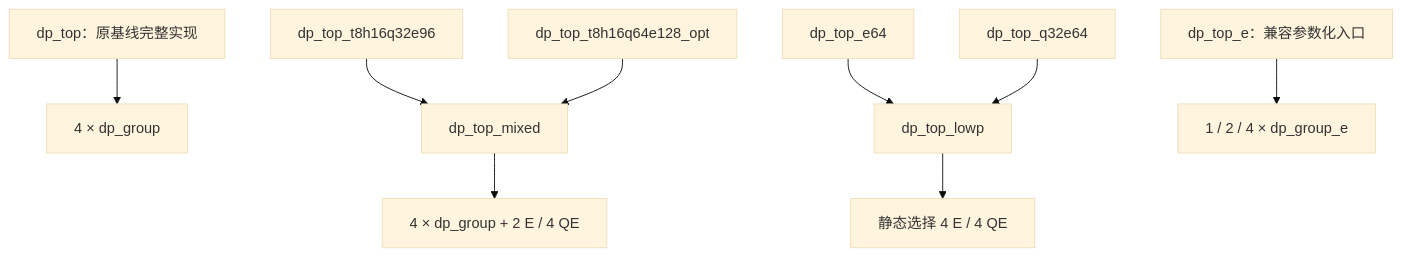
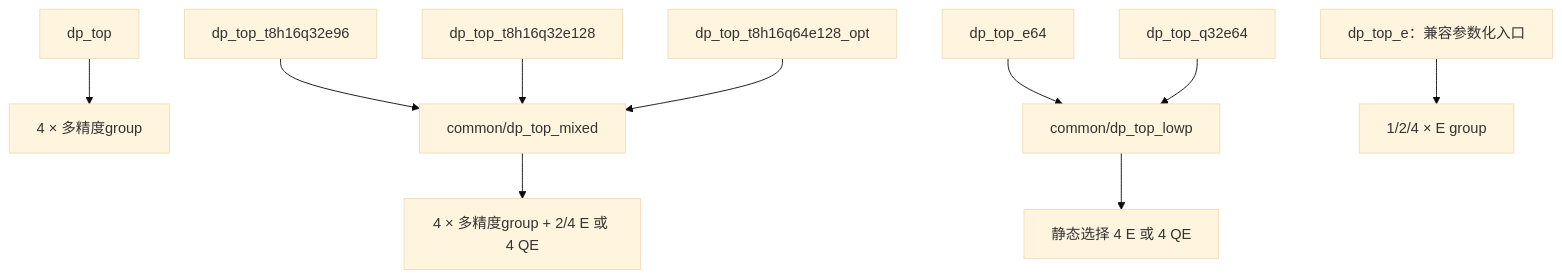
Before and after one commit to Futuresxy/DP-Puzzel: the diagram in src/spec/dp/dptop/top-architectures.md, drawn with Mermaid (base theme). The commit also changed other lines of this file and 23 other files, not shown here.

````diff
--- a/src/spec/dp/dptop/top-architectures.md
+++ b/src/spec/dp/dptop/top-architectures.md
@@ -36,11 +101,12 @@
 ```mermaid
 flowchart TD
-  BASE[dp_top：原基线完整实现] --> BG[4 × dp_group]
-  E96[dp_top_t8h16q32e96] --> MIX[dp_top_mixed]
+  BASE[dp_top] --> BG[4 × 多精度group]
+  E96[dp_top_t8h16q32e96] --> MIX[common/dp_top_mixed]
+  E128[dp_top_t8h16q32e128] --> MIX
   QE128[dp_top_t8h16q64e128_opt] --> MIX
-  MIX --> MB[4 × dp_group + 2 E / 4 QE]
-  E64[dp_top_e64] --> LOW[dp_top_lowp]
+  MIX --> MB[4 × 多精度group + 2/4 E 或 4 QE]
+  E64[dp_top_e64] --> LOW[common/dp_top_lowp]
   QE64[dp_top_q32e64] --> LOW
-  LOW --> LB[静态选择 4 E / 4 QE]
-  OLD[dp_top_e：兼容参数化入口] --> OB[1 / 2 / 4 × dp_group_e]
+  LOW --> LB[静态选择 4 E 或 4 QE]
+  OLD[dp_top_e：兼容参数化入口] --> OB[1/2/4 × E group]
 ```
````
